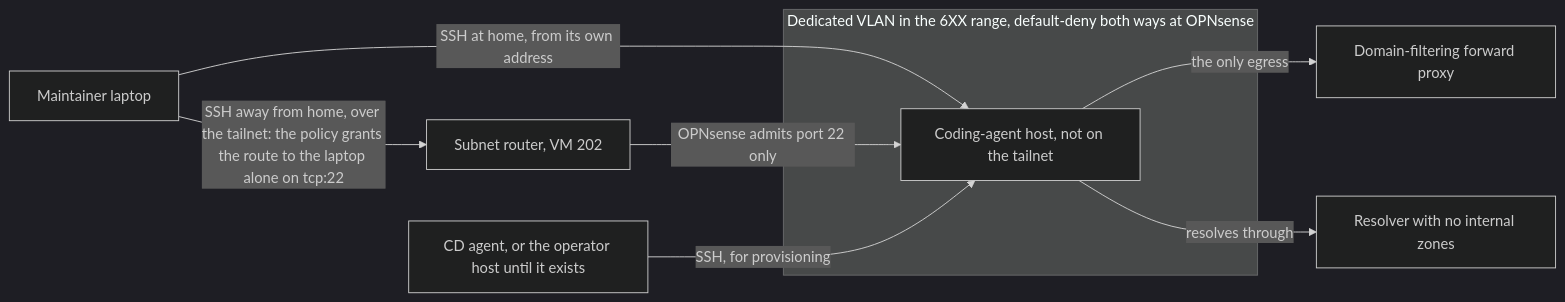
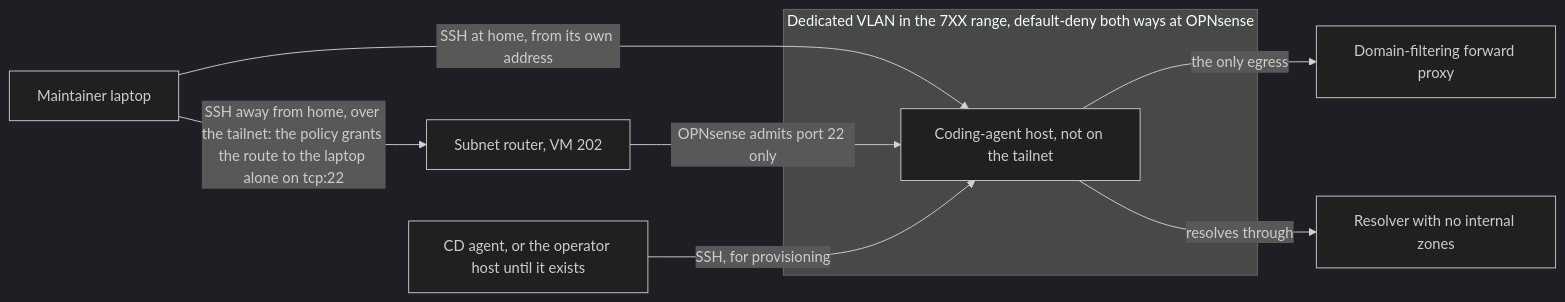
The diagram in docs/decisions/0053-network-reach-of-the-coding-agent-host/revision-000.md (wenenhoe/homelab), drawn with Mermaid (dark theme) before and after one commit. The commit also changed other lines of this file and 3 other files, not shown here.

````diff
--- a/docs/decisions/0053-network-reach-of-the-coding-agent-host/revision-000.md
+++ b/docs/decisions/0053-network-reach-of-the-coding-agent-host/revision-000.md
@@ -36,12 +36,12 @@
 ```mermaid
 flowchart LR
     LAP[Maintainer laptop] -->|"SSH at home, from its own address"| H
     LAP -->|"SSH away from home, over the tailnet: the policy grants the route to the laptop alone on tcp:22"| SR["Subnet router, VM 202"]
     SR -->|"OPNsense admits port 22 only"| H
     CD["CD agent, or the operator host until it exists"] -->|"SSH, for provisioning"| H
-    subgraph Z["Dedicated VLAN in the 6XX range, default-deny both ways at OPNsense"]
+    subgraph Z["Dedicated VLAN in the 7XX range, default-deny both ways at OPNsense"]
         H["Coding-agent host, not on the tailnet"]
     end
     H -->|"the only egress"| PX["Domain-filtering forward proxy"]
     H -->|"resolves through"| DNS["Resolver with no internal zones"]
 ```
````
